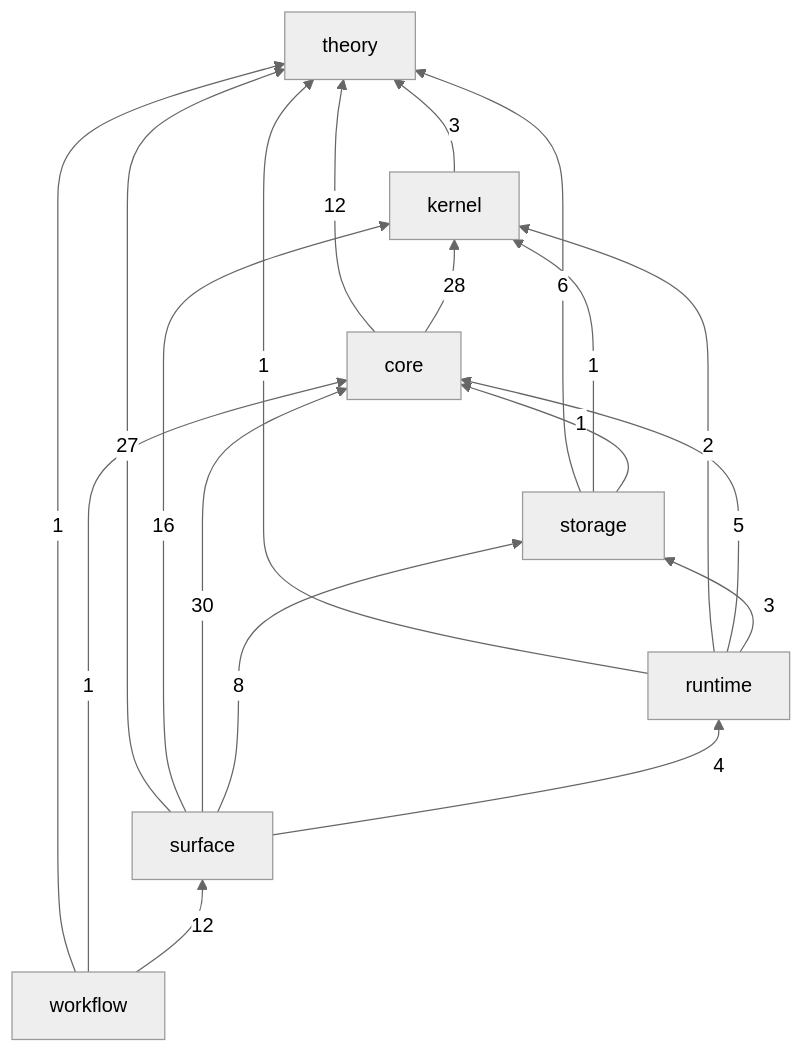
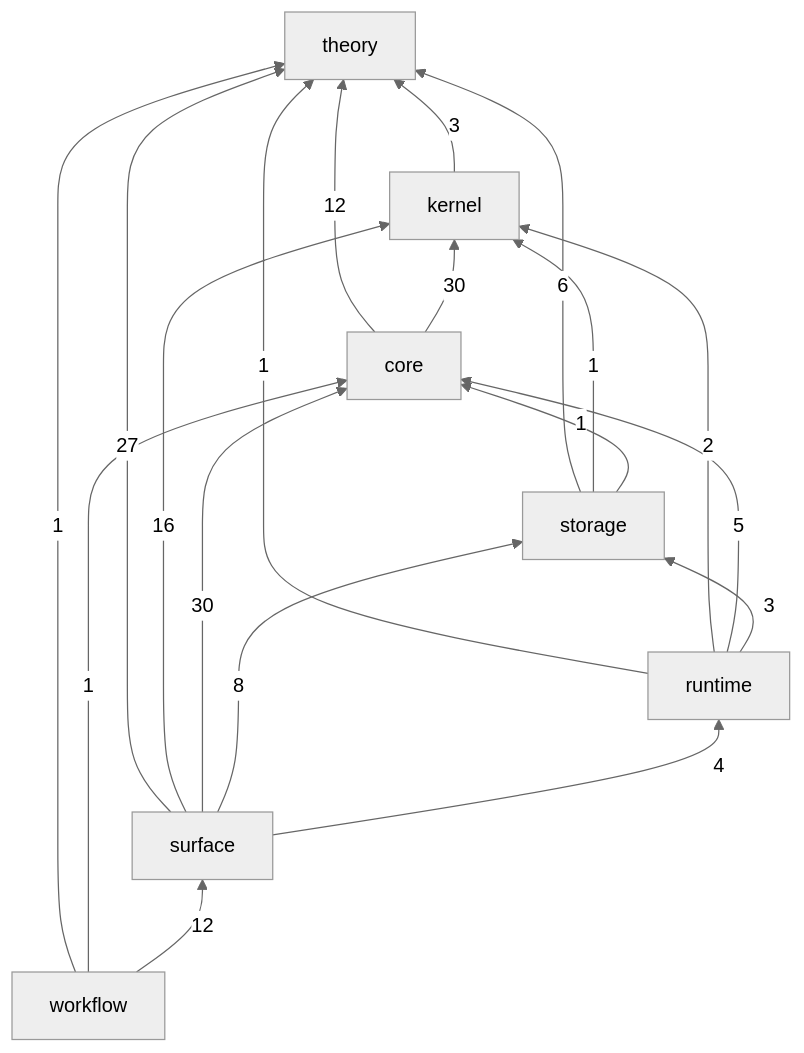
One commit to gandr-lang/gandr changed the diagram in ledger/README.md. Above: the diagram before and after it, drawn with Mermaid (neutral theme). The commit also changed 17 other files, not shown here.

````diff
--- a/ledger/README.md
+++ b/ledger/README.md
@@ -28,28 +28,28 @@
 ```mermaid
 flowchart BT
   theory
   kernel
   core
   storage
   runtime
   surface
   workflow
   kernel -->|3| theory
   core -->|12| theory
-  core -->|28| kernel
+  core -->|30| kernel
   storage -->|6| theory
   storage -->|1| kernel
   storage -->|1| core
   runtime -->|1| theory
   runtime -->|2| kernel
   runtime -->|5| core
   runtime -->|3| storage
   surface -->|27| theory
   surface -->|16| kernel
   surface -->|30| core
   surface -->|8| storage
   surface -->|4| runtime
   workflow -->|1| theory
   workflow -->|1| core
   workflow -->|12| surface
 ```
````
